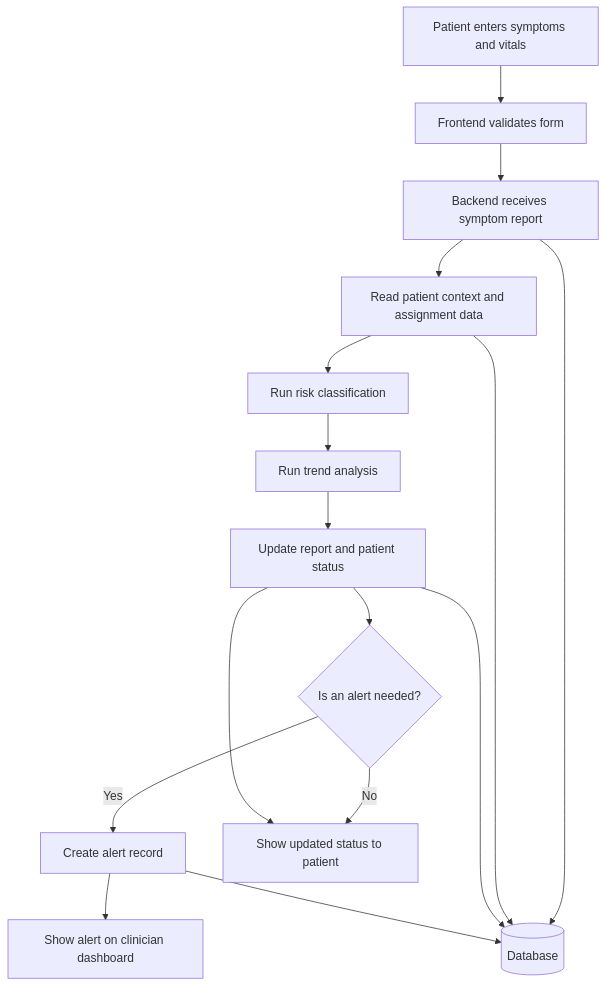
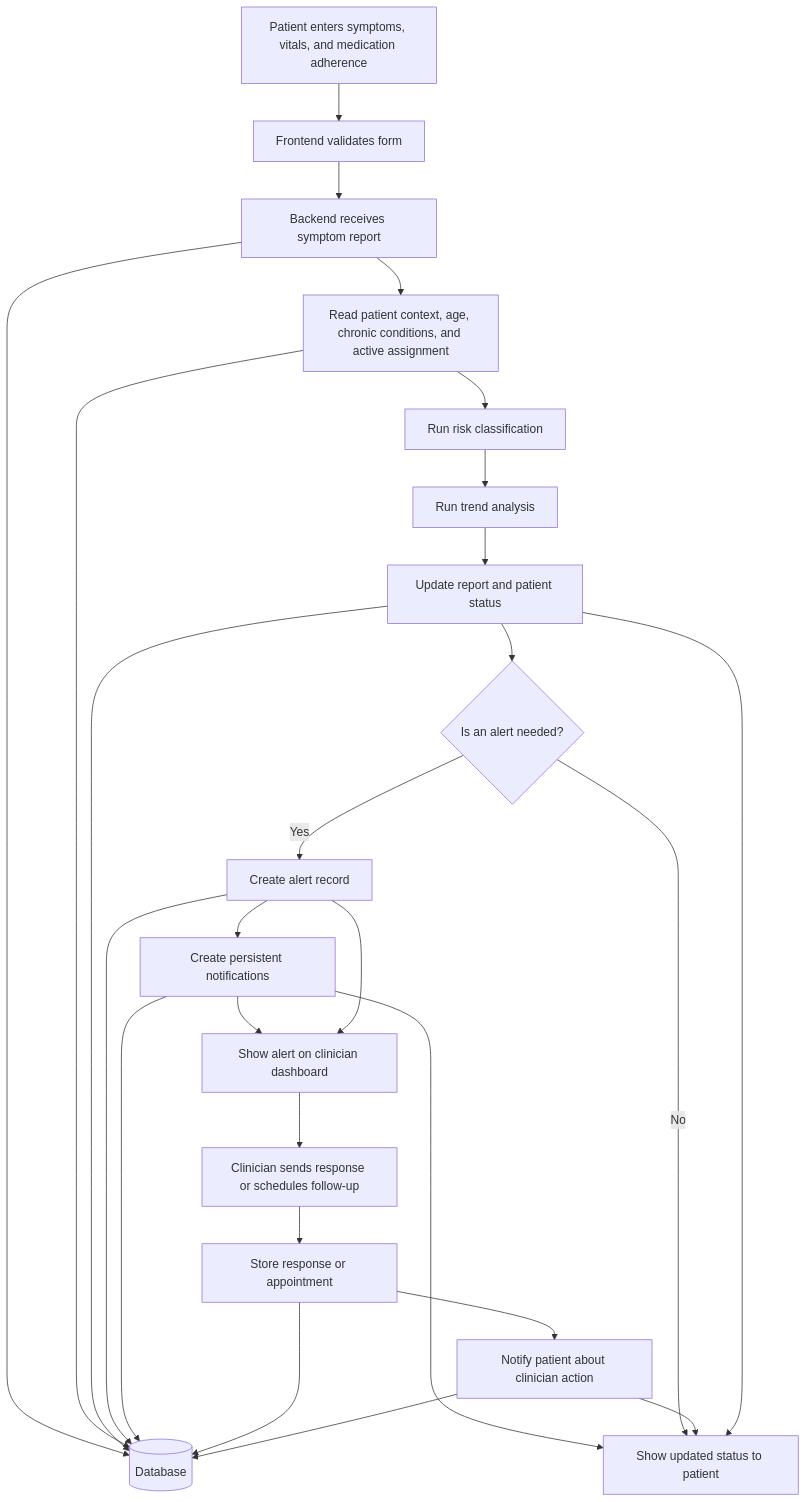
One commit to Mkayzw/backend changed the second of 2 diagrams in 4.4.1_context_and_dfd.md. Above: the diagram before and after it, drawn with Mermaid. The commit also changed other lines of this file and 53 other files, not shown here.

````diff
--- a/4.4.1_context_and_dfd.md
+++ b/4.4.1_context_and_dfd.md
@@ -27,31 +27,45 @@
 ```mermaid
 flowchart TD
-    A[Patient enters symptoms and vitals]
+    A[Patient enters symptoms, vitals, and medication adherence]
     B[Frontend validates form]
     C[Backend receives symptom report]
-    D[Read patient context and assignment data]
+    D[Read patient context, age, chronic conditions, and active assignment]
     E[Run risk classification]
     F[Run trend analysis]
     G[Update report and patient status]
     H{Is an alert needed?}
     I[Create alert record]
+    M[Create persistent notifications]
     J[Show updated status to patient]
     K[Show alert on clinician dashboard]
+    N[Clinician sends response or schedules follow-up]
+    O[Store response or appointment]
+    P[Notify patient about clinician action]
     L[(Database)]
 
     A --> B
     B --> C
     C --> D
     D --> E
     E --> F
     F --> G
     G --> H
     C --> L
     D --> L
     G --> L
     H -->|Yes| I
+    I --> M
     I --> L
+    M --> L
+    M --> J
+    M --> K
     H -->|No| J
     I --> K
+    K --> N
+    N --> O
+    O --> L
+    O --> P
+    P --> L
+    P --> J
     G --> J
 ```
````
